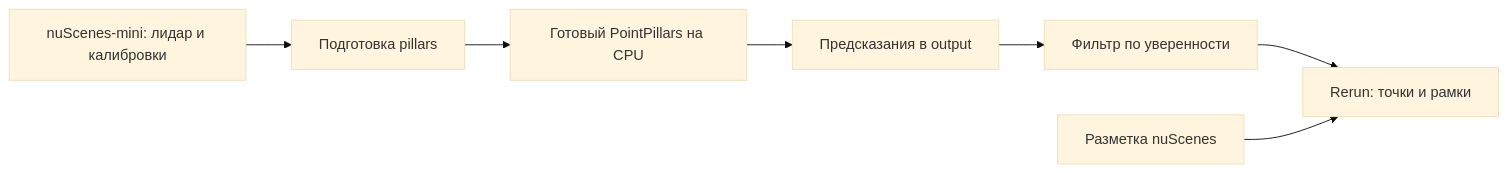
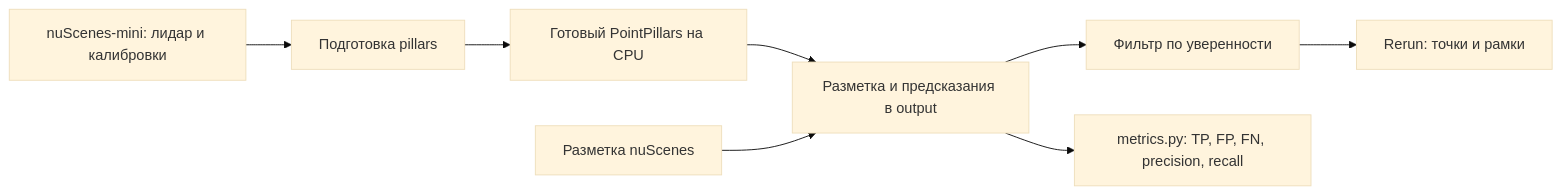
Before and after one commit to LIvanoff/autonomous-vehicle-ground-infrastructure: the diagram in practices/02-pointpillars/README.md, drawn with Mermaid (base theme). The commit also changed other lines of this file and 3 other files, not shown here.

Commit message:
Add simple precision and recall exercise to PointPillars practice

````diff
--- a/practices/02-pointpillars/README.md
+++ b/practices/02-pointpillars/README.md
@@ -13,9 +13,10 @@
 ```mermaid
 flowchart LR
     A[nuScenes-mini: лидар и калибровки] --> B[Подготовка pillars]
     B --> C[Готовый PointPillars на CPU]
-    C --> D[Предсказания в output]
+    C --> D[Разметка и предсказания в output]
     D --> E[Фильтр по уверенности]
     E --> F[Rerun: точки и рамки]
-    G[Разметка nuScenes] --> F
+    G[Разметка nuScenes] --> D
+    D --> H[metrics.py: TP, FP, FN, precision, recall]
 ```
````
